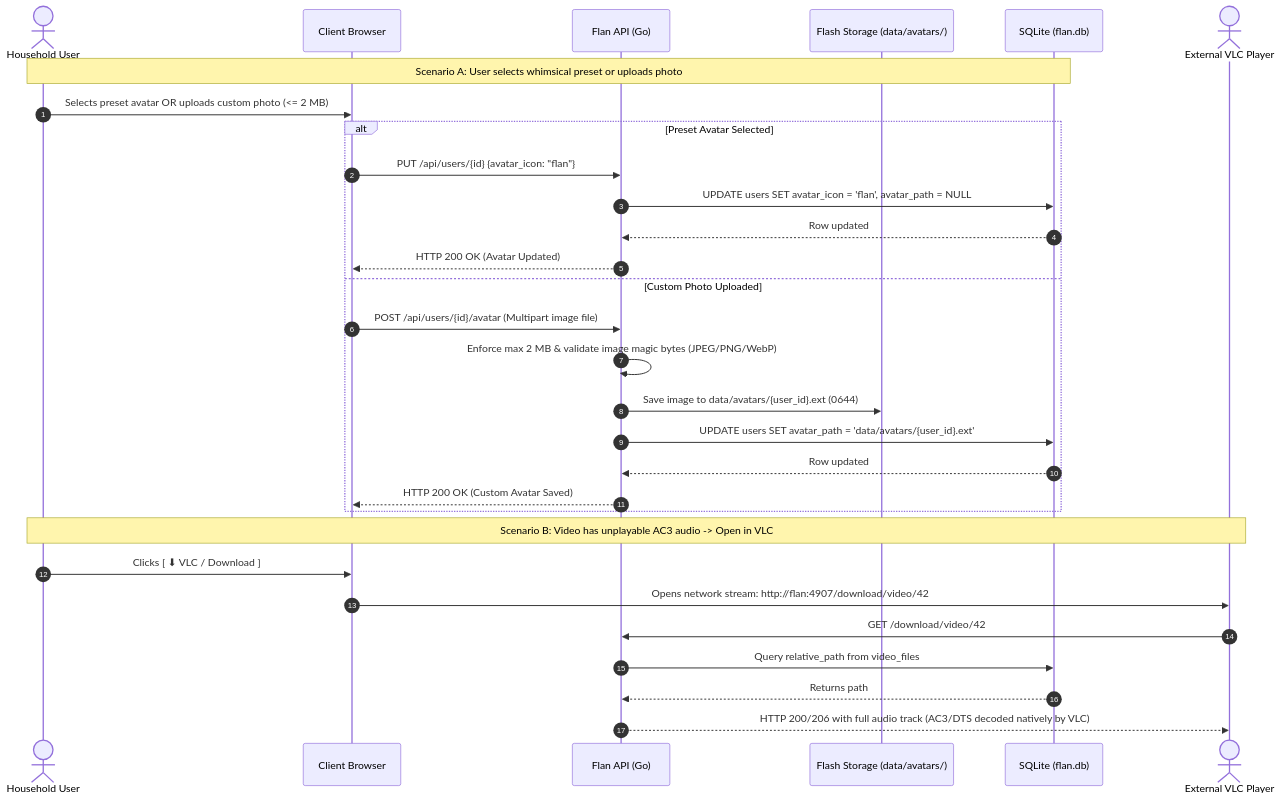
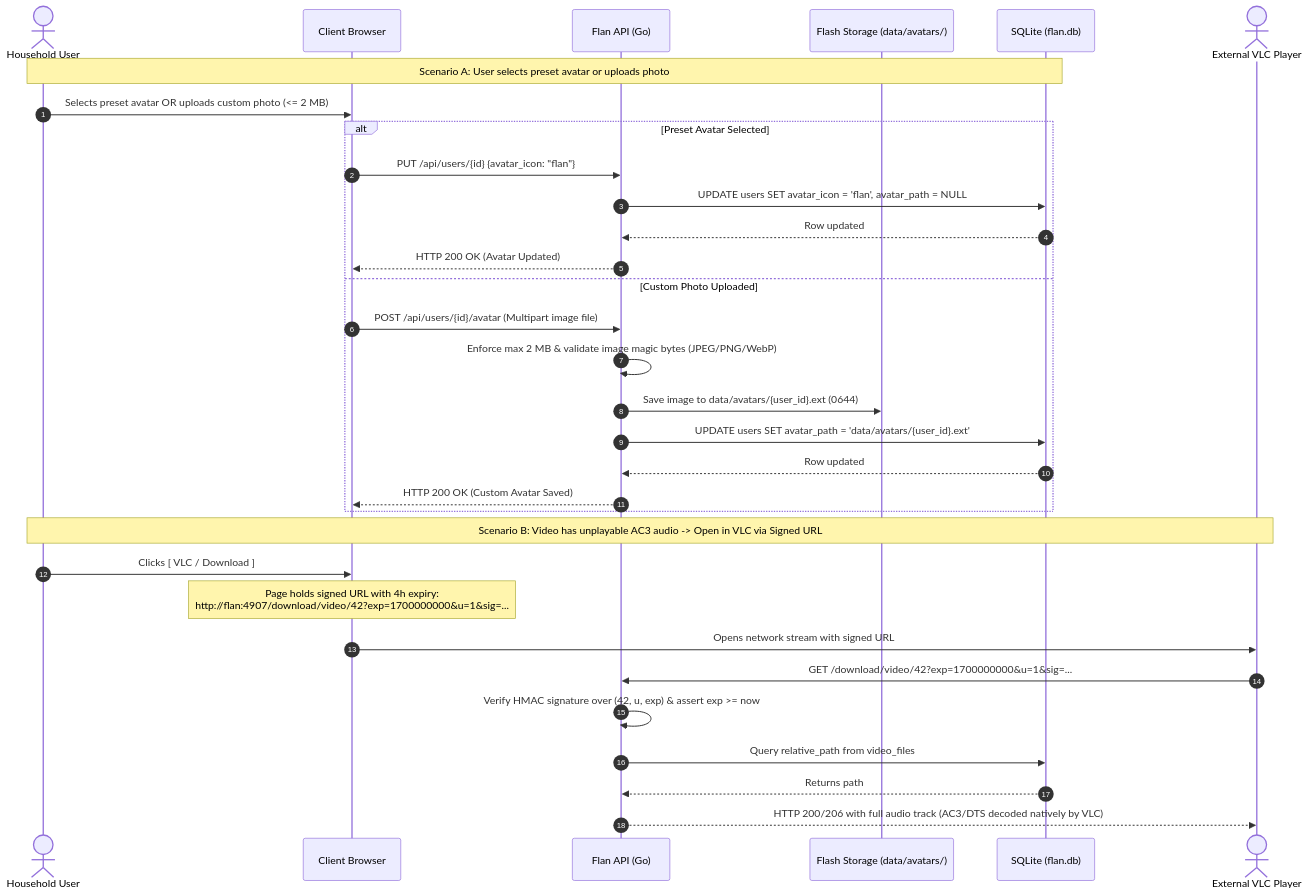
The sixth of 6 diagrams in docs/diagrams/data-flow.md (WesleyEsq/Flan-Media-Server), drawn with Mermaid before and after one commit. The commit also changed other lines of this file and 26 other files, not shown here.

````diff
--- a/docs/diagrams/data-flow.md
+++ b/docs/diagrams/data-flow.md
@@ -179,34 +179,36 @@
 ```mermaid
 sequenceDiagram
     autonumber
     actor User as Household User
     participant Browser as Client Browser
     participant API as Flan API (Go)
     participant Disk as Flash Storage (data/avatars/)
     participant DB as SQLite (flan.db)
     actor VLC as External VLC Player
 
-    Note over User,DB: Scenario A: User selects whimsical preset or uploads photo
+    Note over User,DB: Scenario A: User selects preset avatar or uploads photo
     User->>Browser: Selects preset avatar OR uploads custom photo (<= 2 MB)
     alt Preset Avatar Selected
         Browser->>API: PUT /api/users/{id} {avatar_icon: "flan"}
         API->>DB: UPDATE users SET avatar_icon = 'flan', avatar_path = NULL
         DB-->>API: Row updated
         API-->>Browser: HTTP 200 OK (Avatar Updated)
     else Custom Photo Uploaded
         Browser->>API: POST /api/users/{id}/avatar (Multipart image file)
         API->>API: Enforce max 2 MB & validate image magic bytes (JPEG/PNG/WebP)
         API->>Disk: Save image to data/avatars/{user_id}.ext (0644)
         API->>DB: UPDATE users SET avatar_path = 'data/avatars/{user_id}.ext'
         DB-->>API: Row updated
         API-->>Browser: HTTP 200 OK (Custom Avatar Saved)
     end
 
-    Note over User,VLC: Scenario B: Video has unplayable AC3 audio -> Open in VLC
-    User->>Browser: Clicks [ ⬇ VLC / Download ]
-    Browser->>VLC: Opens network stream: http://flan:4907/download/video/42
-    VLC->>API: GET /download/video/42
+    Note over User,VLC: Scenario B: Video has unplayable AC3 audio -> Open in VLC via Signed URL
+    User->>Browser: Clicks [ VLC / Download ]
+    Note over Browser: Page holds signed URL with 4h expiry:<br/>http://flan:4907/download/video/42?exp=1700000000&u=1&sig=...
+    Browser->>VLC: Opens network stream with signed URL
+    VLC->>API: GET /download/video/42?exp=1700000000&u=1&sig=...
+    API->>API: Verify HMAC signature over (42, u, exp) & assert exp >= now
     API->>DB: Query relative_path from video_files
     DB-->>API: Returns path
     API-->>VLC: HTTP 200/206 with full audio track (AC3/DTS decoded natively by VLC)
 ```
````
